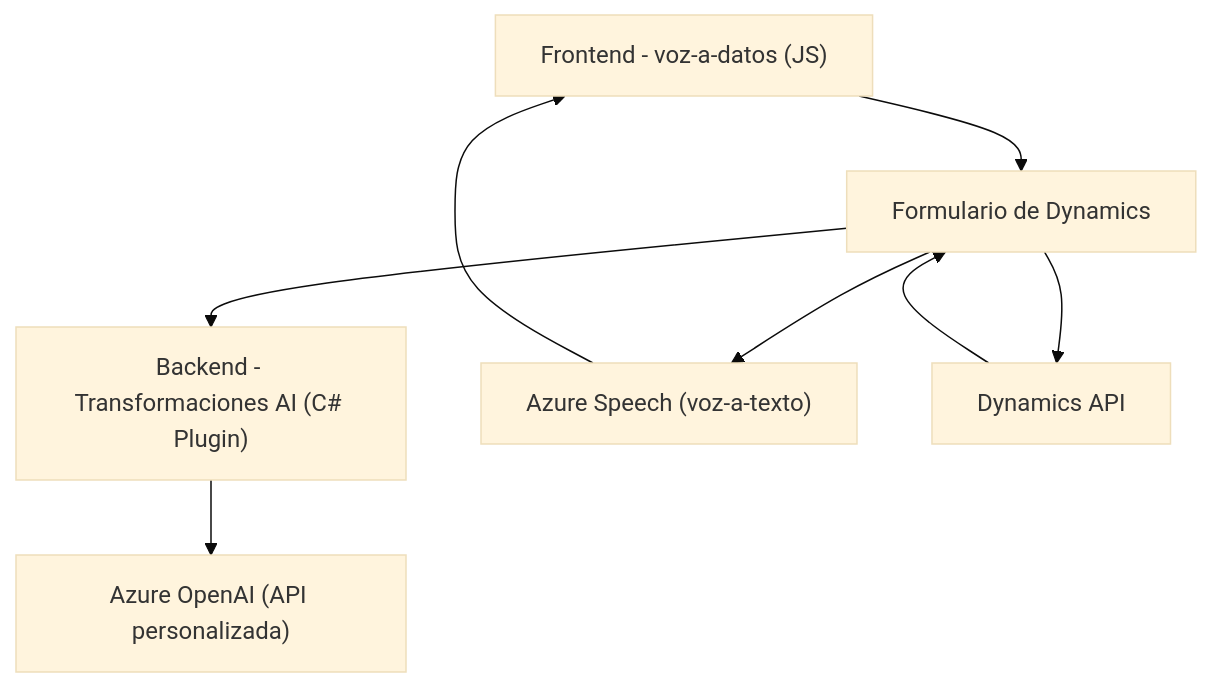
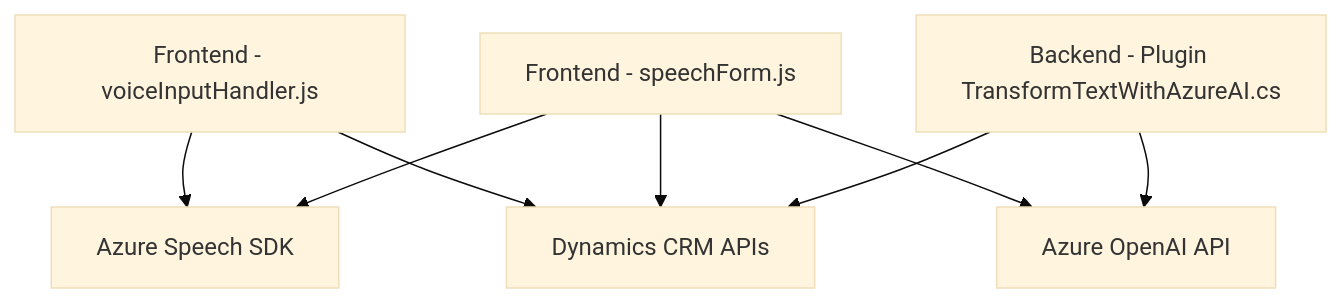
The diagram in README.md (blopezdm/NETCORE_BILBAO2025), drawn with Mermaid (base theme) before and after one commit. The commit also changed other lines of this file, not shown here.

````diff
--- a/README.md
+++ b/README.md
@@ -25,17 +40,17 @@
 ```mermaid
 graph TD
-    A["Frontend - voz-a-datos (JS)"]
-    B["Backend - Transformaciones AI (C# Plugin)"]
-    C["Formulario de Dynamics"]
-    D["Azure Speech (voz-a-texto)"]
-    E["Azure OpenAI (API personalizada)"]
-    F["Dynamics API"]
-    
-    A --> C
-    C --> D
-    D --> A
+    A["Frontend - voiceInputHandler.js"]
+    B["Frontend - speechForm.js"]
+    C["Backend - Plugin TransformTextWithAzureAI.cs"]
+    D["Azure Speech SDK"]
+    E["Dynamics CRM APIs"]
+    F["Azure OpenAI API"]
+
+    A --> D
+    A --> E
+    B --> D
     B --> E
-    C --> B
-    C --> F 
-    F --> C
+    B --> F
+    C --> F
+    C --> E
 ```
````
